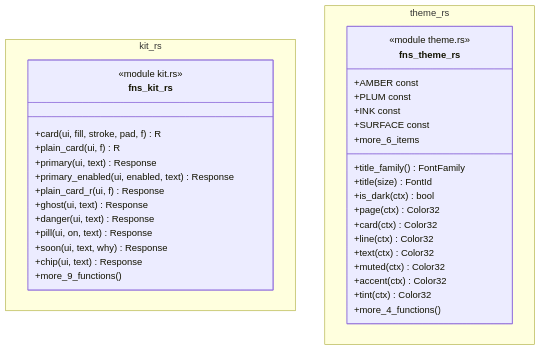
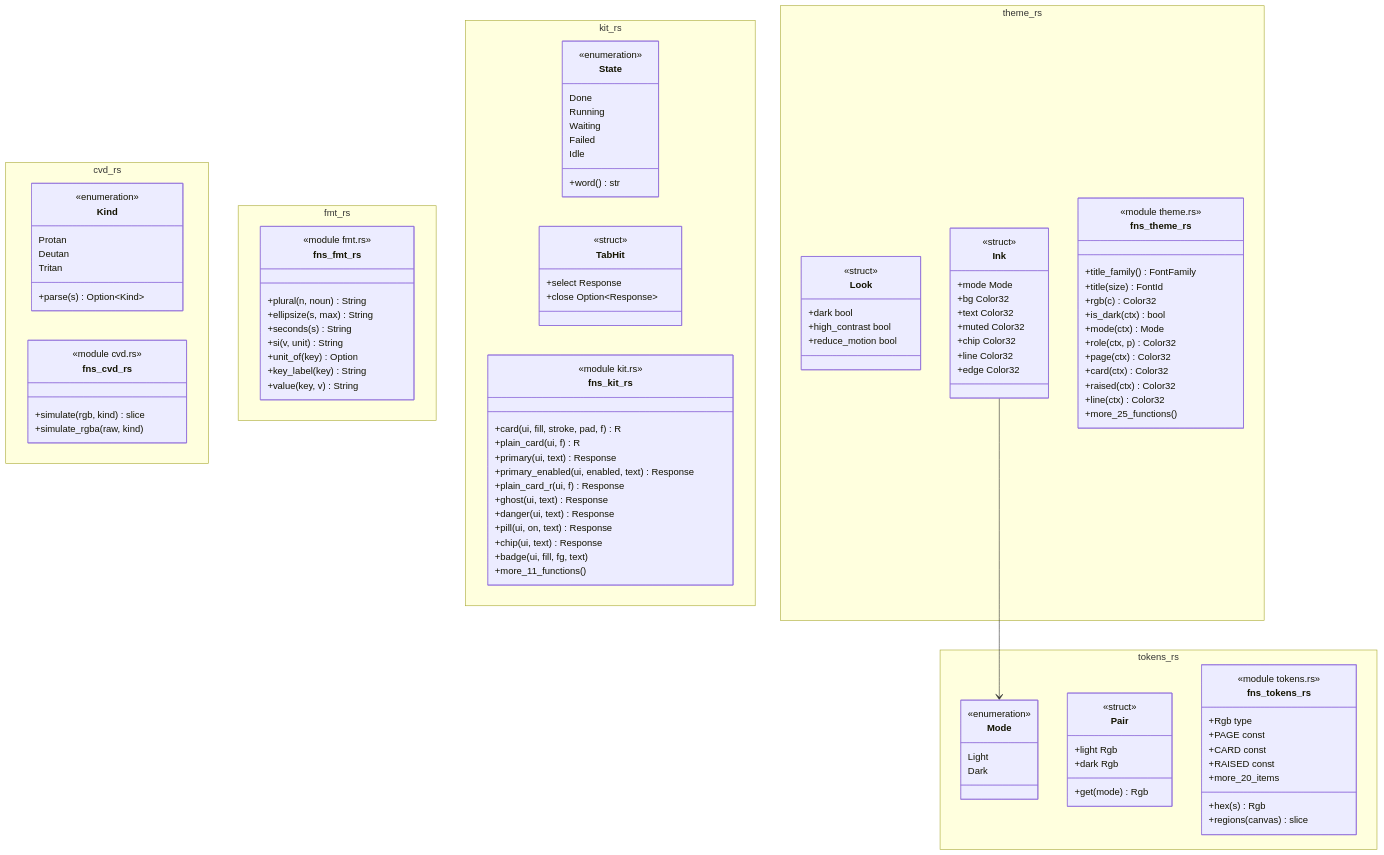
Before and after one commit to p-j-r/nyx: the diagram in docs/architecture/c4/4-code/app/style.md, drawn with Mermaid. The commit also changed other lines of this file and 39 other files, not shown here.

````diff
--- a/docs/architecture/c4/4-code/app/style.md
+++ b/docs/architecture/c4/4-code/app/style.md
@@ -32,6 +38,46 @@
 ```mermaid
 classDiagram
+  namespace cvd_rs {
+    class Kind {
+        <<enumeration>>
+        Protan
+        Deutan
+        Tritan
+        +parse(s) Option~Kind~
+    }
+    class fns_cvd_rs {
+        <<module cvd.rs>>
+        +simulate(rgb, kind) slice
+        +simulate_rgba(raw, kind)
+    }
+  }
+  namespace fmt_rs {
+    class fns_fmt_rs {
+        <<module fmt.rs>>
+        +plural(n, noun) String
+        +ellipsize(s, max) String
+        +seconds(s) String
+        +si(v, unit) String
+        +unit_of(key) Option
+        +key_label(key) String
+        +value(key, v) String
+    }
+  }
   namespace kit_rs {
+    class State {
+        <<enumeration>>
+        Done
+        Running
+        Waiting
+        Failed
+        Idle
+        +word() str
+    }
+    class TabHit {
+        <<struct>>
+        +select Response
+        +close Option~Response~
+    }
     class fns_kit_rs {
         <<module kit.rs>>
         +card(ui, fill, stroke, pad, f) R
@@ -42,30 +88,65 @@
         +ghost(ui, text) Response
         +danger(ui, text) Response
         +pill(ui, on, text) Response
-        +soon(ui, text, why) Response
         +chip(ui, text) Response
-        +more_9_functions()
+        +badge(ui, fill, fg, text)
+        +more_11_functions()
     }
   }
   namespace theme_rs {
+    class Look {
+        <<struct>>
+        +dark bool
+        +high_contrast bool
+        +reduce_motion bool
+    }
+    class Ink {
+        <<struct>>
+        +mode Mode
+        +bg Color32
+        +text Color32
+        +muted Color32
+        +chip Color32
+        +line Color32
+        +edge Color32
+    }
     class fns_theme_rs {
         <<module theme.rs>>
         +title_family() FontFamily
         +title(size) FontId
+        +rgb(c) Color32
         +is_dark(ctx) bool
+        +mode(ctx) Mode
+        +role(ctx, p) Color32
         +page(ctx) Color32
         +card(ctx) Color32
+        +raised(ctx) Color32
         +line(ctx) Color32
-        +text(ctx) Color32
-        +muted(ctx) Color32
-        +accent(ctx) Color32
-        +tint(ctx) Color32
-        +more_4_functions()
-        +AMBER const
-        +PLUM const
-        +INK const
-        +SURFACE const
-        +more_6_items
+        +more_25_functions()
     }
   }
+  namespace tokens_rs {
+    class Mode {
+        <<enumeration>>
+        Light
+        Dark
+    }
+    class Pair {
+        <<struct>>
+        +light Rgb
+        +dark Rgb
+        +get(mode) Rgb
+    }
+    class fns_tokens_rs {
+        <<module tokens.rs>>
+        +hex(s) Rgb
+        +regions(canvas) slice
+        +Rgb type
+        +PAGE const
+        +CARD const
+        +RAISED const
+        +more_20_items
+    }
+  }
+  Ink --> Mode
 ```
````
